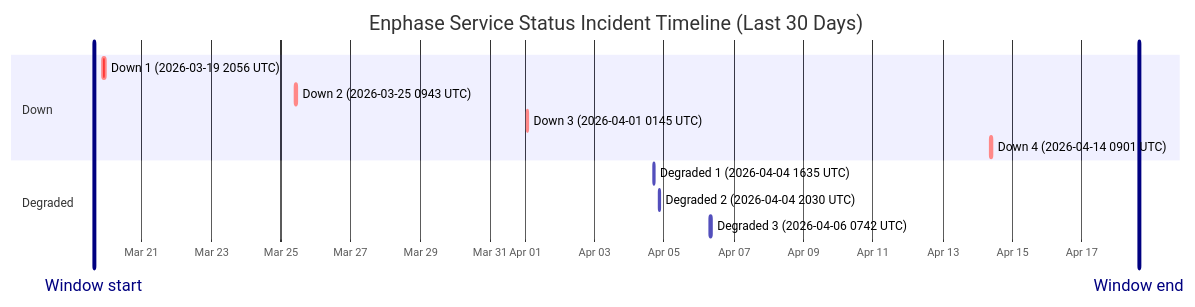
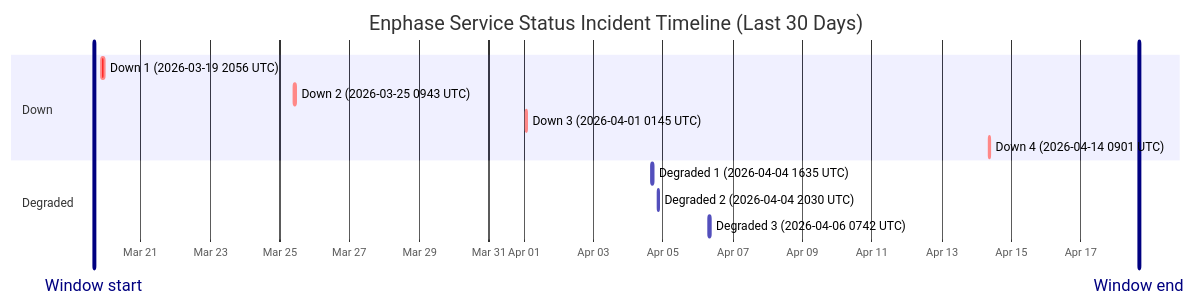
The diagram in wiki/Service-Status-History.md (barneyonline/ha-enphase-ev-charger), drawn with Mermaid before and after one commit. The commit also changed other lines of this file and 3 other files, not shown here.

````diff
--- a/wiki/Service-Status-History.md
+++ b/wiki/Service-Status-History.md
@@ -14,17 +14,17 @@
 ```mermaid
 gantt
     title Enphase Service Status Incident Timeline (Last 30 Days)
     dateFormat  YYYY-MM-DDTHH:mm:ss
     axisFormat  %b %d
-    Window start :vert, window-start, 2026-03-19T15:05:40, 0ms
-    Window end :vert, window-end, 2026-04-18T15:05:40, 0ms
+    Window start :vert, window-start, 2026-03-19T16:00:43, 0ms
+    Window end :vert, window-end, 2026-04-18T16:00:43, 0ms
     section Down
     Down 1 (2026-03-19 2056 UTC) :crit, down-1, 2026-03-19T20:56:20, 145m
     Down 2 (2026-03-25 0943 UTC) :crit, down-2, 2026-03-25T09:43:28, 111m
     Down 3 (2026-04-01 0145 UTC) :crit, down-3, 2026-04-01T01:45:09, 60m
     Down 4 (2026-04-14 0901 UTC) :crit, down-4, 2026-04-14T09:01:13, 60m
     section Degraded
     Degraded 1 (2026-04-04 1635 UTC) :active, degraded-1, 2026-04-04T16:35:17, 60m
     Degraded 2 (2026-04-04 2030 UTC) :active, degraded-2, 2026-04-04T20:30:40, 60m
     Degraded 3 (2026-04-06 0742 UTC) :active, degraded-3, 2026-04-06T07:42:09, 85m
 ```
````
